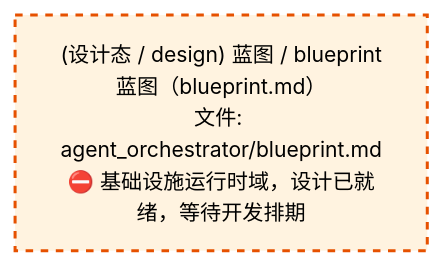
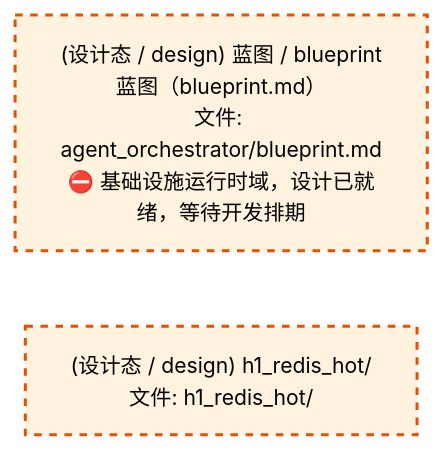
One commit to xuanFelixVan/ZephyrAlpha changed the third of 4 diagrams in docs/02_enterprise_architecture/02_domain_architecture_docs/06_d_infra_runtime.md. Above: the diagram before and after it, drawn with Mermaid. The commit also changed other lines of this file and 37 other files, not shown here.

````diff
--- a/docs/02_enterprise_architecture/02_domain_architecture_docs/06_d_infra_runtime.md
+++ b/docs/02_enterprise_architecture/02_domain_architecture_docs/06_d_infra_runtime.md
@@ -1030,10 +1032,12 @@
 ```mermaid
 %%{init: {'theme': 'base', 'themeVariables': {'primaryColor': '#eaeaea', 'primaryTextColor': '#333333', 'primaryBorderColor': '#666666', 'lineColor': '#666666', 'secondaryColor': '#eaeaea', 'tertiaryColor': '#eaeaea', 'fontSize': '14px'}}}%%
 flowchart TD
     docs_03_modules_cross_layer_agent_orchestrator_blueprint_md["(设计态 / design) 蓝图 / blueprint<br/>蓝图（blueprint.md）<br/>文件: agent_orchestrator/blueprint.md<br/>⛔ 基础设施运行时域，设计已就绪，等待开发排期"]
+    src_zephyr_infrastructure_h1_redis_hot["(设计态 / design) h1_redis_hot/<br/>文件: h1_redis_hot/"]
+    docs_03_modules_cross_layer_agent_orchestrator_blueprint_md ~~~ src_zephyr_infrastructure_h1_redis_hot
     classDef production fill:#e1f5fe,stroke:#01579b,stroke-width:2px,color:#000
     classDef design fill:#fff3e0,stroke:#e65100,stroke-width:2px,color:#000,stroke-dasharray: 5 5
     classDef external_prod fill:#e8f4fd,stroke:#0277bd,stroke-width:1px,color:#000
     classDef external_design fill:#fff8e7,stroke:#ef6c00,stroke-width:1px,color:#000,stroke-dasharray: 5 5
-    class docs_03_modules_cross_layer_agent_orchestrator_blueprint_md design
+    class docs_03_modules_cross_layer_agent_orchestrator_blueprint_md,src_zephyr_infrastructure_h1_redis_hot design
 ```
````
